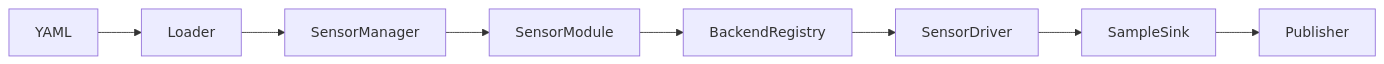
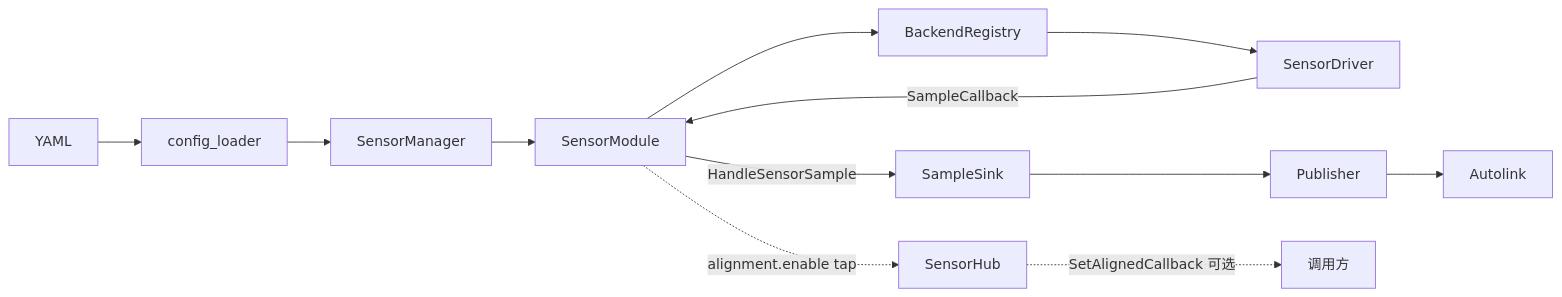
One commit to quandy2020/autonomy changed the first of 2 diagrams in autodriver/docs/source/guide/architecture.md. Above: the diagram before and after it, drawn with Mermaid. The commit also changed other lines of this file and 131 other files, not shown here.

````diff
--- a/autodriver/docs/source/guide/architecture.md
+++ b/autodriver/docs/source/guide/architecture.md
@@ -18,9 +45,14 @@
 ```mermaid
 flowchart LR
-  YAML --> Loader --> SM[SensorManager]
+  YAML --> Loader[config_loader]
+  Loader --> SM[SensorManager]
   SM --> Mod[SensorModule]
   Mod --> Reg[BackendRegistry]
   Reg --> Drv[SensorDriver]
-  Drv --> Sink[SampleSink]
+  Drv -->|SampleCallback| Mod
+  Mod -->|HandleSensorSample| Sink[SampleSink]
   Sink --> Pub[Publisher]
+  Pub --> AL[Autolink]
+  Mod -.->|alignment.enable tap| Hub[SensorHub]
+  Hub -.->|SetAlignedCallback 可选| App[调用方]
 ```
````
